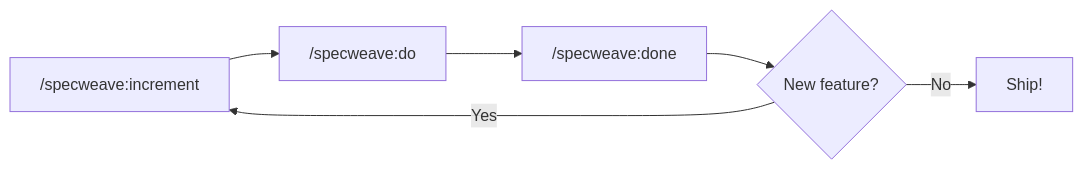
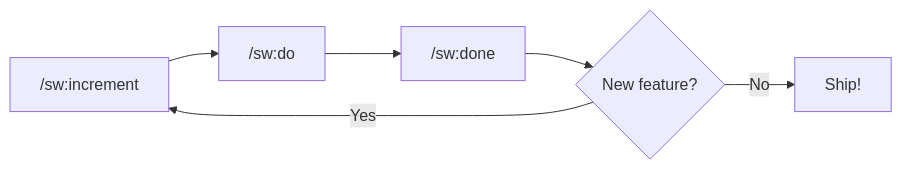
Before and after one commit to anton-abyzov/specweave: the first of 2 diagrams in docs-site/docs/academy/part-2-first-application/06-specweave-intro/02-core-workflow.md, drawn with Mermaid. The commit also changed other lines of this file and 505 other files, not shown here.

````diff
--- a/docs-site/docs/academy/part-2-first-application/06-specweave-intro/02-core-workflow.md
+++ b/docs-site/docs/academy/part-2-first-application/06-specweave-intro/02-core-workflow.md
@@ -27,8 +27,8 @@
 ```mermaid
 graph LR
-    A["/specweave:increment"] --> B["/specweave:do"]
-    B --> C["/specweave:done"]
+    A["/sw:increment"] --> B["/sw:do"]
+    B --> C["/sw:done"]
     C --> D{New feature?}
     D -->|Yes| A
     D -->|No| E[Ship!]
 ```
````
